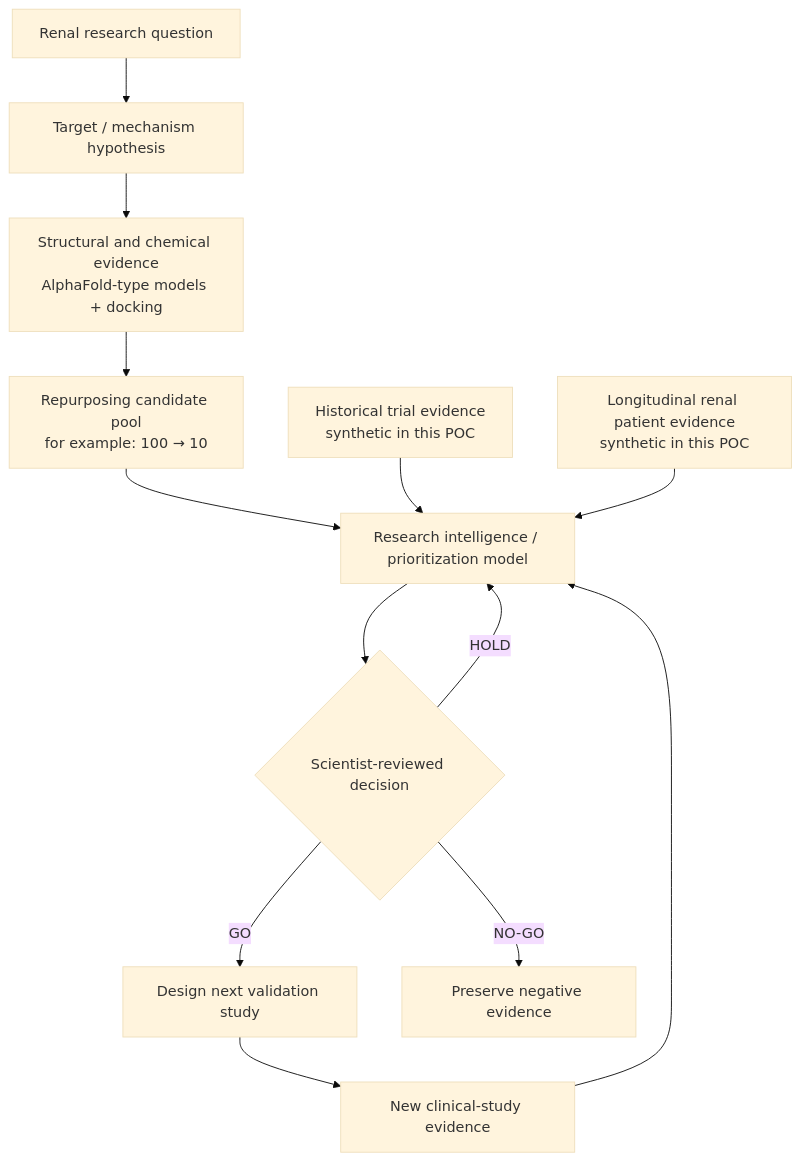
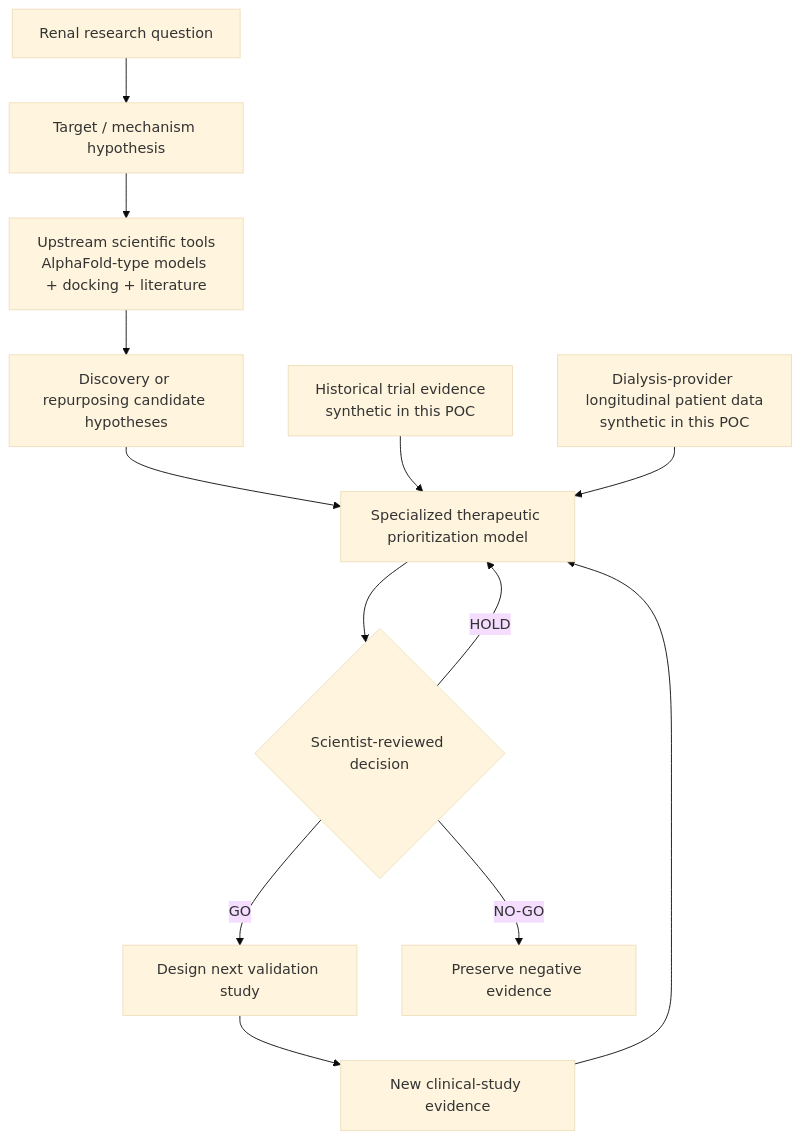
One commit to fmlin0429712024/synthetic-in-silico-research-loop changed the diagram in README.md. Above: the diagram before and after it, drawn with Mermaid (base theme). The commit also changed other lines of this file and 3 other files, not shown here.

Commit message:
Define renal therapeutics research orchestrator

````diff
--- a/README.md
+++ b/README.md
@@ -11,15 +11,15 @@
 ```mermaid
 flowchart TD
     Q[Renal research question] --> H[Target / mechanism hypothesis]
-    H --> S[Structural and chemical evidence<br/>AlphaFold-type models + docking]
-    S --> C[Repurposing candidate pool<br/>for example: 100 → 10]
-    C --> M[Research intelligence / prioritization model]
+    H --> S[Upstream scientific tools<br/>AlphaFold-type models + docking + literature]
+    S --> C[Discovery or repurposing candidate hypotheses]
+    C --> M[Specialized therapeutic prioritization model]
     T[Historical trial evidence<br/>synthetic in this POC] --> M
-    P[Longitudinal renal patient evidence<br/>synthetic in this POC] --> M
+    P[Dialysis-provider longitudinal patient data<br/>synthetic in this POC] --> M
     M --> D{Scientist-reviewed decision}
     D -->|GO| N[Design next validation study]
     D -->|HOLD| M
     D -->|NO-GO| X[Preserve negative evidence]
     N --> R[New clinical-study evidence]
     R --> M
 ```
````
